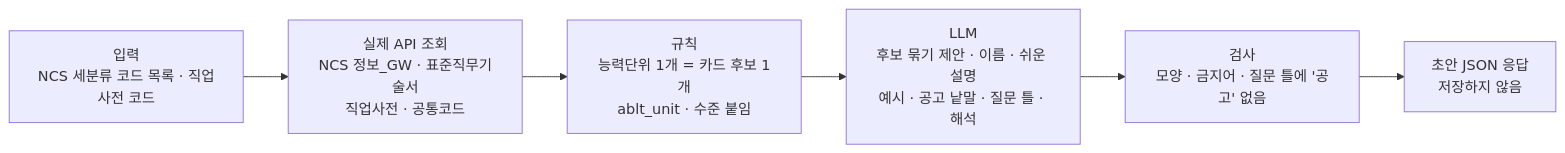
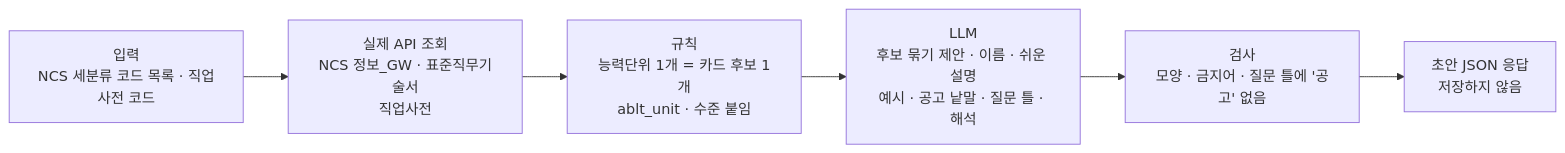
The second of 9 diagrams in docs/ai_agent/에이전트 설계 확정.md (zazasj/askback24), drawn with Mermaid before and after one commit. The commit also changed other lines of this file and 5 other files, not shown here.

````diff
--- a/docs/ai_agent/에이전트 설계 확정.md
+++ b/docs/ai_agent/에이전트 설계 확정.md
@@ -48,8 +48,8 @@
 ```mermaid
 flowchart LR
-    A[입력<br/>NCS 세분류 코드 목록 · 직업사전 코드] --> B[실제 API 조회<br/>NCS 정보_GW · 표준직무기술서<br/>직업사전 · 공통코드]
+    A[입력<br/>NCS 세분류 코드 목록 · 직업사전 코드] --> B[실제 API 조회<br/>NCS 정보_GW · 표준직무기술서<br/>직업사전]
     B --> C[규칙<br/>능력단위 1개 = 카드 후보 1개<br/>ablt_unit · 수준 붙임]
     C --> D[LLM<br/>후보 묶기 제안 · 이름 · 쉬운 설명<br/>예시 · 공고 낱말 · 질문 틀 · 해석]
     D --> E[검사<br/>모양 · 금지어 · 질문 틀에 '공고' 없음]
     E --> F[초안 JSON 응답<br/>저장하지 않음]
 ```
````
